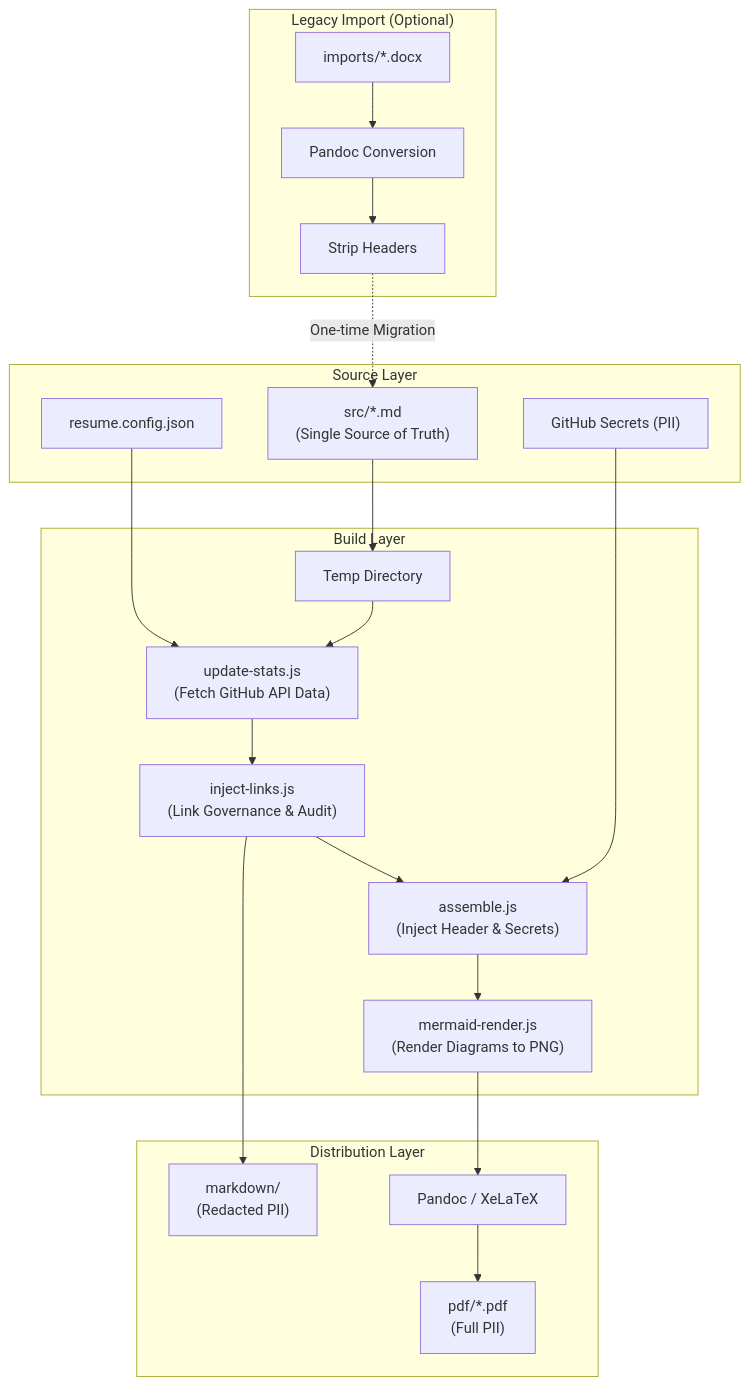
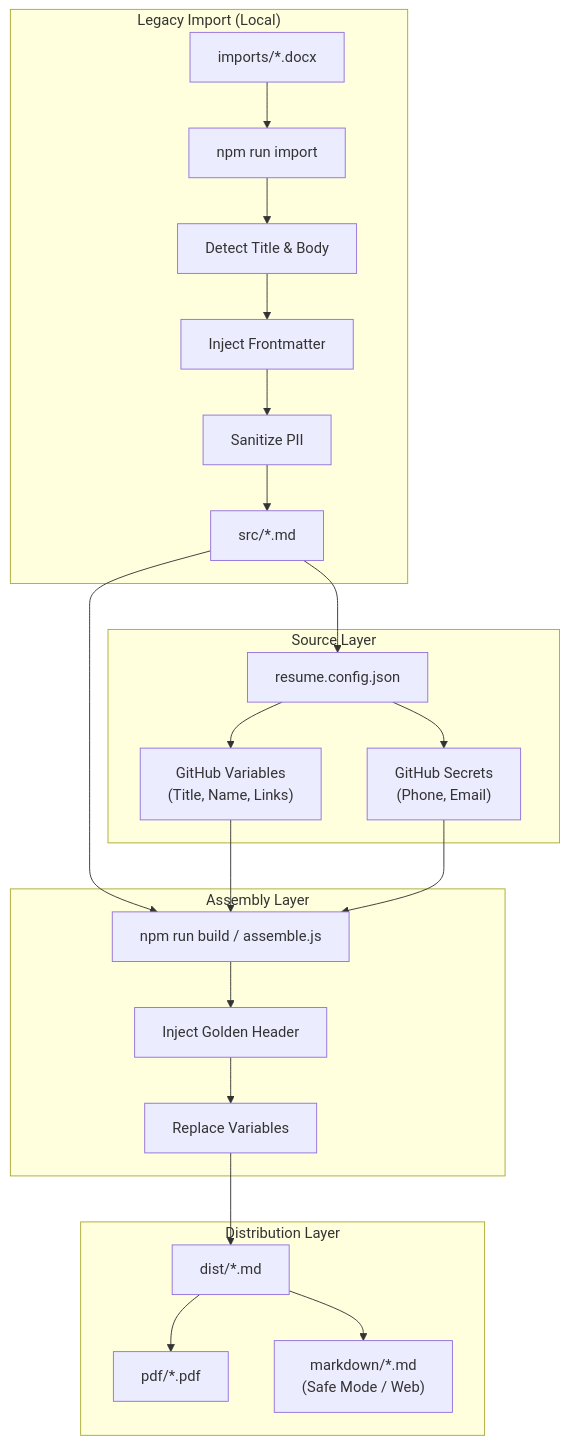
One commit to rdbumstead/resume-as-code changed the diagram in README.md. Above: the diagram before and after it, drawn with Mermaid. The commit also changed other lines of this file and 12 other files, not shown here.

Commit message:
feat(pipeline): complete architecture overhaul with automated governance

````diff
--- a/README.md
+++ b/README.md
@@ -13,41 +12,30 @@
 ```mermaid
 graph TD
-    subgraph Import ["Legacy Import (Optional)"]
-        Docx["imports/*.docx"] --> Convert["Pandoc Conversion"]
-        Convert --> Strip["Strip Headers"]
+    subgraph Import ["Legacy Import (Local)"]
+        Docx["imports/*.docx"] --> ImportScript["npm run import"]
+        ImportScript --> Detect["Detect Title & Body"]
+        Detect --> InjectFM["Inject Frontmatter"]
+        InjectFM --> Sanitize["Sanitize PII"]
+        Sanitize --> Src["src/*.md"]
     end
 
     subgraph Input ["Source Layer"]
-        Src["src/*.md<br/>(Single Source of Truth)"]
-        Conf["resume.config.json"]
-        Sec["GitHub Secrets (PII)"]
+        Src --> Config["resume.config.json"]
+        Config --> Vars["GitHub Variables<br/>(Title, Name, Links)"]
+        Config --> Secrets["GitHub Secrets<br/>(Phone, Email)"]
     end
 
-    subgraph Process ["Build Layer"]
-        Temp["Temp Directory"]
-        Fetch["update-stats.js<br/>(Fetch GitHub API Data)"]
-        Audit["inject-links.js<br/>(Link Governance & Audit)"]
-        Assemble["assemble.js<br/>(Inject Header & Secrets)"]
-        Render["mermaid-render.js<br/>(Render Diagrams to PNG)"]
+    subgraph Build ["Assembly Layer"]
+        Src --> Assemble["npm run build / assemble.js"]
+        Vars --> Assemble
+        Secrets --> Assemble
+        Assemble --> Header["Inject Golden Header"]
+        Header --> Replace["Replace Variables"]
     end
 
     subgraph Output ["Distribution Layer"]
-        DistMD["markdown/<br/>(Redacted PII)"]
-        Pandoc["Pandoc / XeLaTeX"]
-        PDF["pdf/*.pdf<br/>(Full PII)"]
+        Replace --> Dist["dist/*.md"]
+        Dist --> PDF["pdf/*.pdf"]
+        Dist --> Safe["markdown/*.md<br/>(Safe Mode / Web)"]
     end
-
-    %% Dotted line indicates optional/one-time flow
-    Strip -.->|One-time Migration| Src
-
-    Src --> Temp
-    Conf --> Fetch
-    Temp --> Fetch
-    Fetch --> Audit
-    Audit --> DistMD
-    Audit --> Assemble
-    Sec --> Assemble
-    Assemble --> Render
-    Render --> Pandoc
-    Pandoc --> PDF
 ```
````
